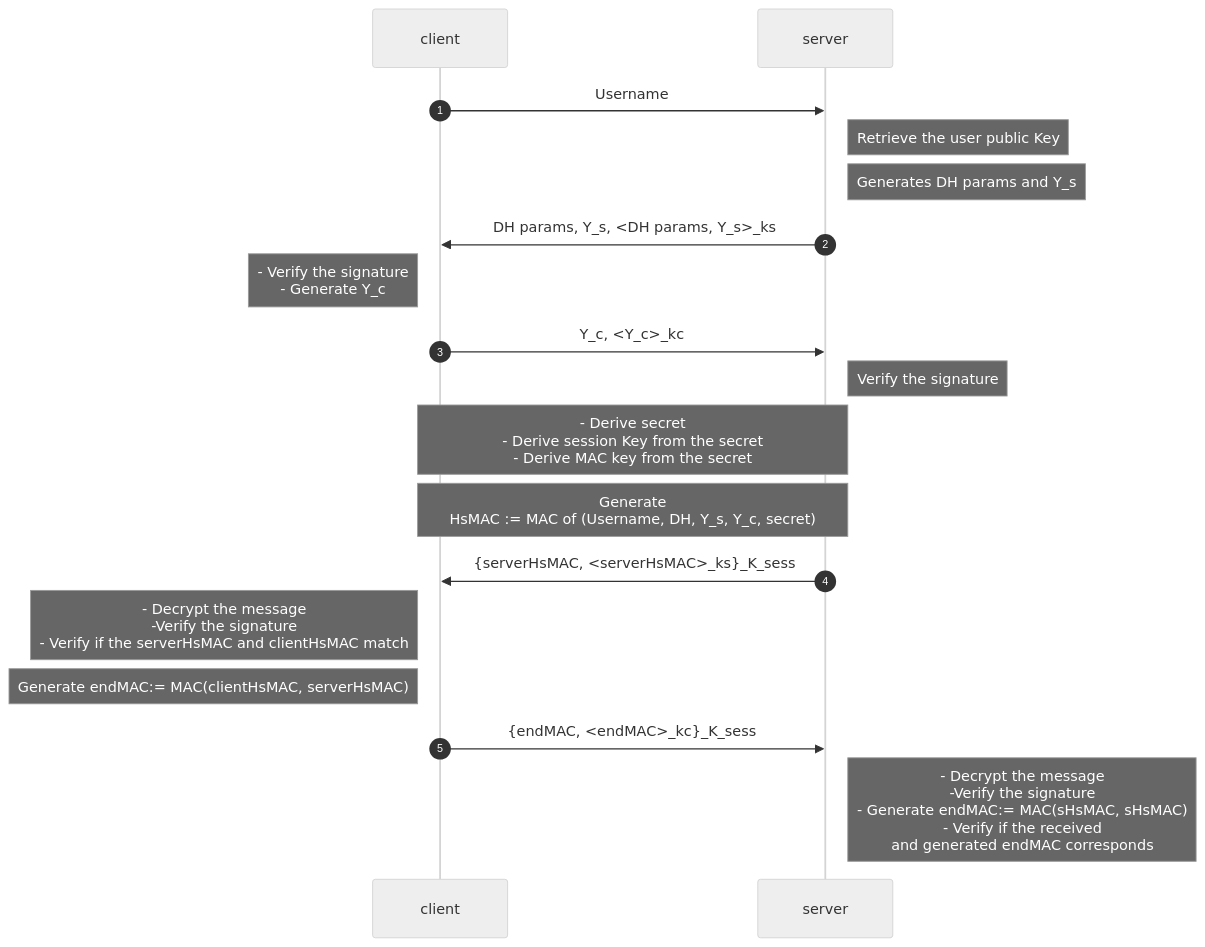
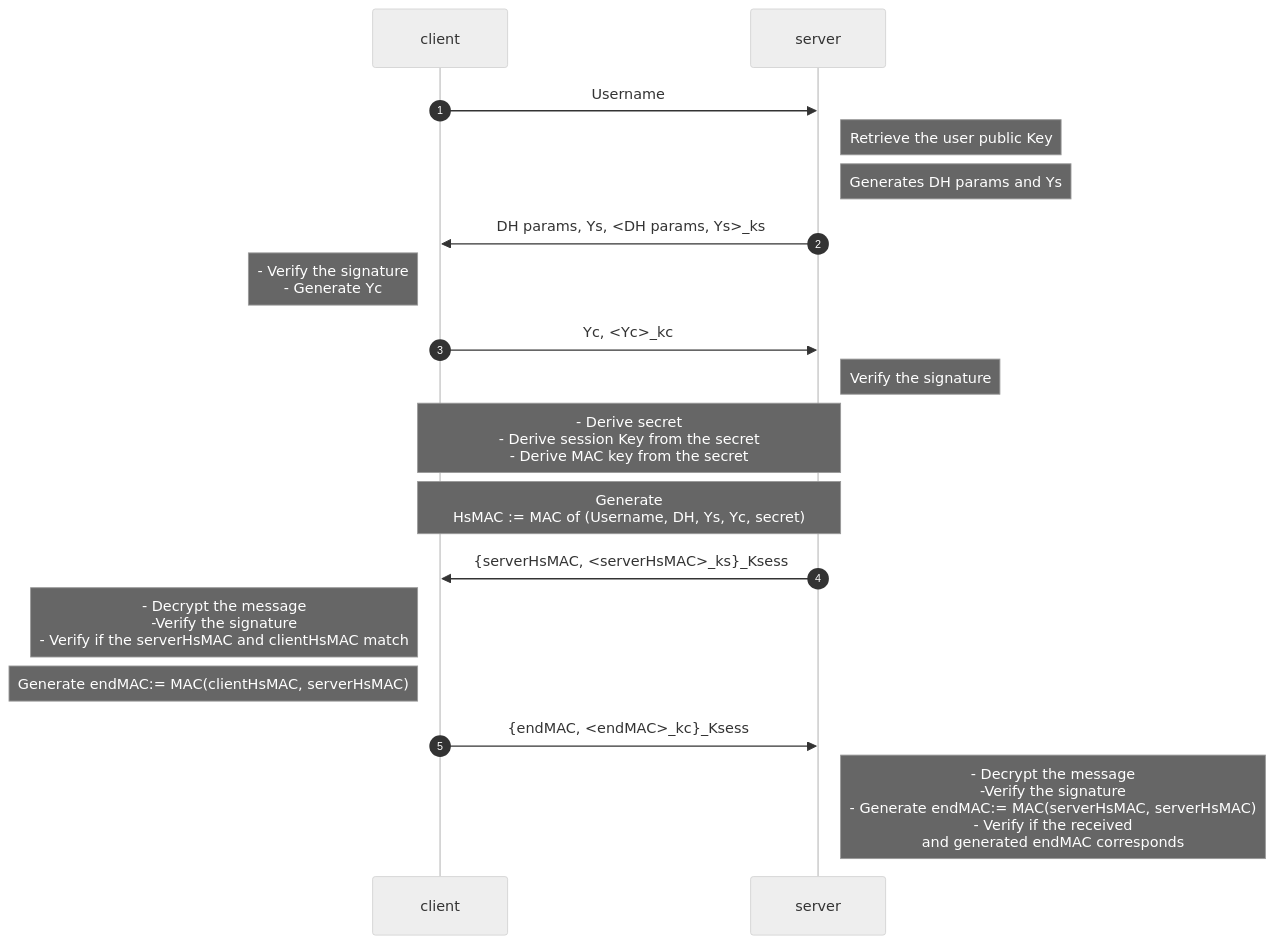
Before and after one commit to just-hms/FoC: the diagram in docs/handshake.md, drawn with Mermaid (neutral theme).

Commit message:
edit: subfix letters

````diff
--- a/docs/handshake.md
+++ b/docs/handshake.md
@@ -1,27 +1,28 @@
 ```mermaid
 sequenceDiagram
 autonumber
     participant client
     participant server
     
     client ->> server:        Username
     Note right of server:     Retrieve the user public Key
-    Note right of server:     Generates DH params and Y_s
-    server ->> client:        DH params, Y_s, <DH params, Y_s>_ks
-    Note left of client:      - Verify the signature <br/>- Generate Y_c
-    client ->> server:        Y_c, <Y_c>_kc
+    Note right of server:     Generates DH params and Ys
+    server ->> client:        DH params, Ys, <DH params, Ys>_ks
+    Note left of client:      - Verify the signature <br/>- Generate Yc
+    client ->> server:        Yc, <Yc>_kc
     
     Note right of server:     Verify the signature
 
     Note over client,server:  - Derive secret<br/>- Derive session Key from the secret<br/>- Derive MAC key from the secret
     
-    Note over client,server: Generate <br/>HsMAC := MAC of (Username, DH, Y_s, Y_c, secret)
+    Note over client,server: Generate <br/>HsMAC := MAC of (Username, DH, Ys, Yc, secret)
 
-    server ->> client:        {serverHsMAC, <serverHsMAC>_ks}_K_sess
+    server ->> client:        {serverHsMAC, <serverHsMAC>_ks}_Ksess
     Note left of client:      - Decrypt the message<br/>-Verify the signature<br/>- Verify if the serverHsMAC and clientHsMAC match
 
     Note left of client:      Generate endMAC:= MAC(clientHsMAC, serverHsMAC)
     
-    client ->> server:        {endMAC, <endMAC>_kc}_K_sess
-    Note right of server:     - Decrypt the message<br/>-Verify the signature<br/>- Generate endMAC:= MAC(sHsMAC, sHsMAC)<br/>- Verify if the received <br/>and generated endMAC corresponds
+    client ->> server:        {endMAC, <endMAC>_kc}_Ksess
+    Note right of server:     - Decrypt the message<br/>-Verify the signature<br/>- Generate endMAC:= MAC(serverHsMAC, serverHsMAC)<br/>- Verify if the received <br/>and generated endMAC corresponds
+
 ```
````
